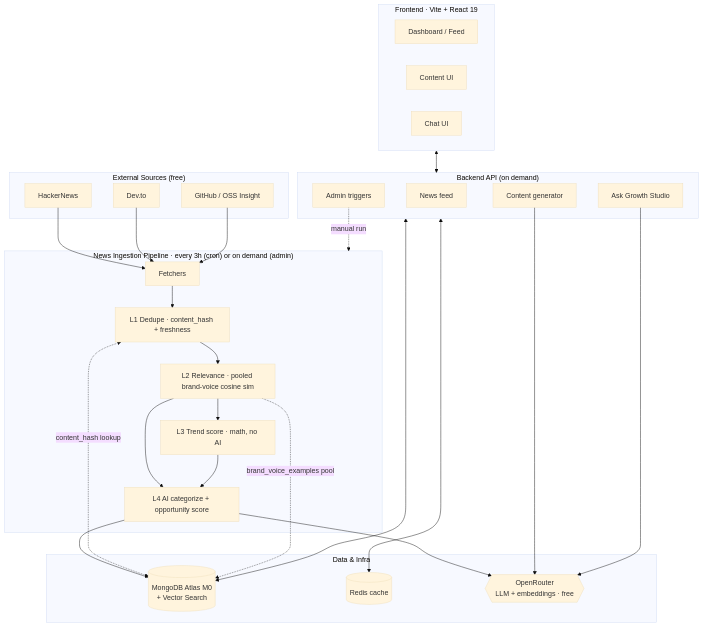
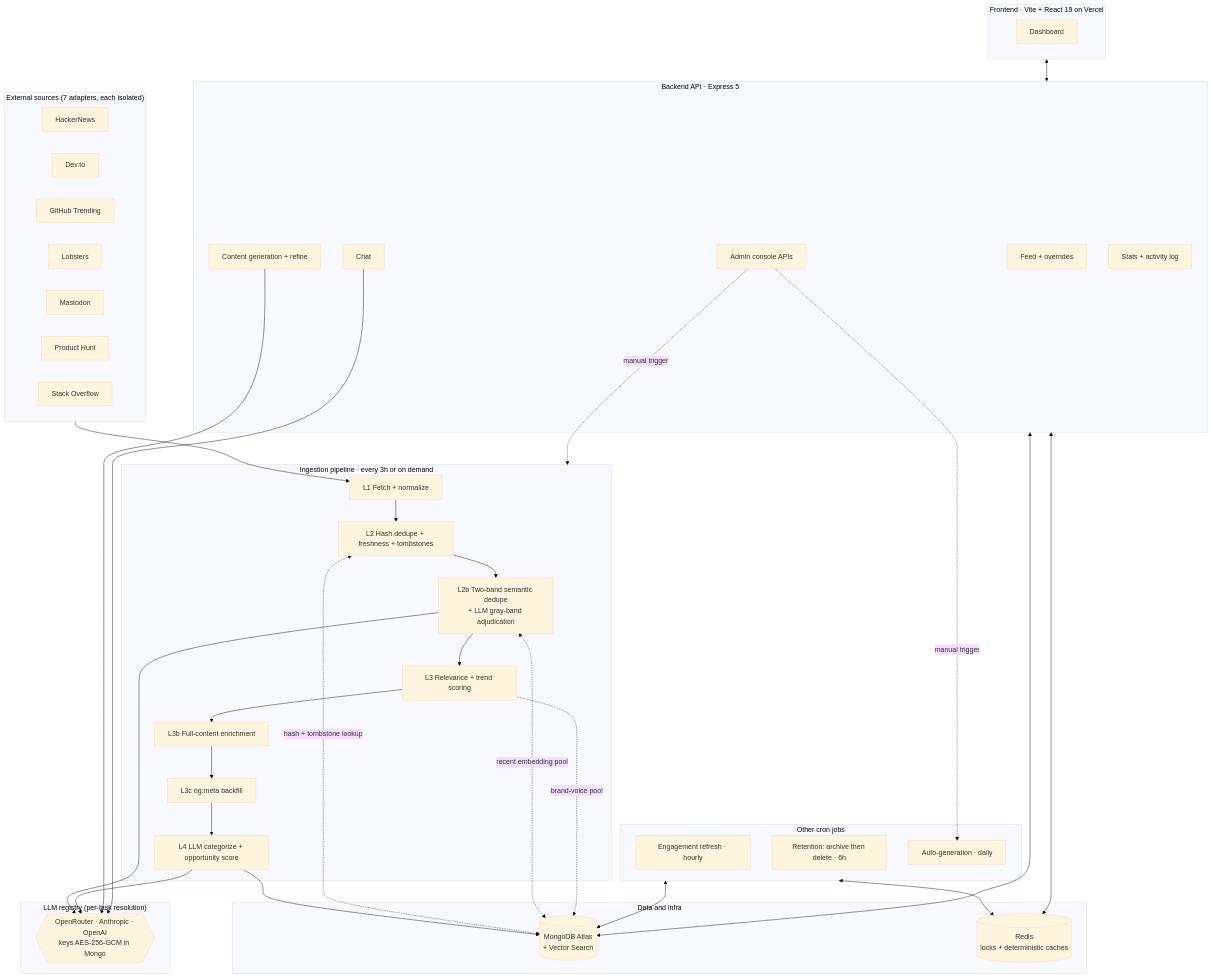
Before and after one commit to Farsit-007/AI-Content-Trend-Recommendation: the first of 2 diagrams in README.md, drawn with Mermaid (base theme). The commit also changed other lines of this file and 65 other files, not shown here.

First line of the commit message:
chore: production hardening + per-team relevance scoring

````diff
--- a/README.md
+++ b/README.md
@@ -50,40 +67,67 @@
 ```mermaid
 flowchart TB
-    subgraph Sources["External Sources (free)"]
-        HN[HackerNews]; DEV[Dev.to]; GH[GitHub / OSS Insight]
+    subgraph Sources["External sources (7 adapters, each isolated)"]
+        HN[HackerNews]
+        DEV[Dev.to]
+        GH[GitHub Trending]
+        LOB[Lobsters]
+        MAS[Mastodon]
+        PH[Product Hunt]
+        SO[Stack Overflow]
     end
 
-    subgraph Ingest["News Ingestion Pipeline · every 3h (cron) or on demand (admin)"]
-        FETCH[Fetchers] --> F1[L1 Dedupe · content_hash + freshness]
-        F1 --> F2[L2 Relevance · pooled brand-voice cosine sim]
-        F2 --> F3[L3 Trend score · math, no AI]
-        F2 --> F4[L4 AI categorize + opportunity score]
-        F3 --> F4
+    subgraph Ingest["Ingestion pipeline · every 3h or on demand"]
+        L1[L1 Fetch + normalize]
+        L2[L2 Hash dedupe + freshness + tombstones]
+        L2B[L2b Two-band semantic dedupe<br/>+ LLM gray-band adjudication]
+        L3[L3 Relevance + trend scoring]
+        L3B[L3b Full-content enrichment]
+        L3C[L3c og:meta backfill]
+        L4[L4 LLM categorize + opportunity score]
+        L1 --> L2 --> L2B --> L3 --> L3B --> L3C --> L4
     end
 
-    subgraph Data["Data & Infra"]
-        MONGO[(MongoDB Atlas M0<br/>+ Vector Search)]
-        REDIS[(Redis cache)]
-        OR{{OpenRouter<br/>LLM + embeddings · free}}
+    subgraph Jobs["Other cron jobs"]
+        REF[Engagement refresh · hourly]
+        RET[Retention: archive then delete · 6h]
+        AUTO[Auto-generation · daily]
     end
 
-    subgraph Serve["Backend API (on demand)"]
-        FEED[News feed]; GEN[Content generator]
-        CHAT[Ask Growth Studio]
-        ADMIN[Admin triggers]
+    subgraph Data["Data and infra"]
+        MONGO[(MongoDB Atlas<br/>+ Vector Search)]
+        REDIS[(Redis<br/>locks + deterministic caches)]
     end
 
-    subgraph FE["Frontend · Vite + React 19"]
-        DASH[Dashboard / Feed]; CGEN[Content UI]
-        ASK[Chat UI]
+    subgraph LLM["LLM registry (per-task resolution)"]
+        REG{{OpenRouter · Anthropic · OpenAI<br/>keys AES-256-GCM in Mongo}}
     end
 
-    HN & DEV & GH --> FETCH
-    F4 --> MONGO
-    F1 <-. content_hash lookup .-> MONGO
-    F2 -. brand_voice_examples pool .-> MONGO
-    F4 --> OR
-    Serve <--> MONGO; Serve <--> REDIS; GEN & CHAT --> OR
+    subgraph Serve["Backend API · Express 5"]
+        FEED[Feed + overrides]
+        GEN[Content generation + refine]
+        CHAT[Chat]
+        ADMIN[Admin console APIs]
+        STATS[Stats + activity log]
+    end
+
+    subgraph FE["Frontend · Vite + React 19 on Vercel"]
+        DASH[Dashboard]
+    end
+
+    Sources --> L1
+    L4 --> MONGO
+    L2 <-. hash + tombstone lookup .-> MONGO
+    L2B <-. recent embedding pool .-> MONGO
+    L3 -. brand-voice pool .-> MONGO
+    L2B --> REG
+    L4 --> REG
+    Jobs <--> MONGO
+    Jobs <--> REDIS
+    Serve <--> MONGO
+    Serve <--> REDIS
+    GEN --> REG
+    CHAT --> REG
     FE <--> Serve
-    ADMIN -.manual run.-> Ingest
+    ADMIN -.manual trigger.-> Ingest
+    ADMIN -.manual trigger.-> AUTO
 ```
````
